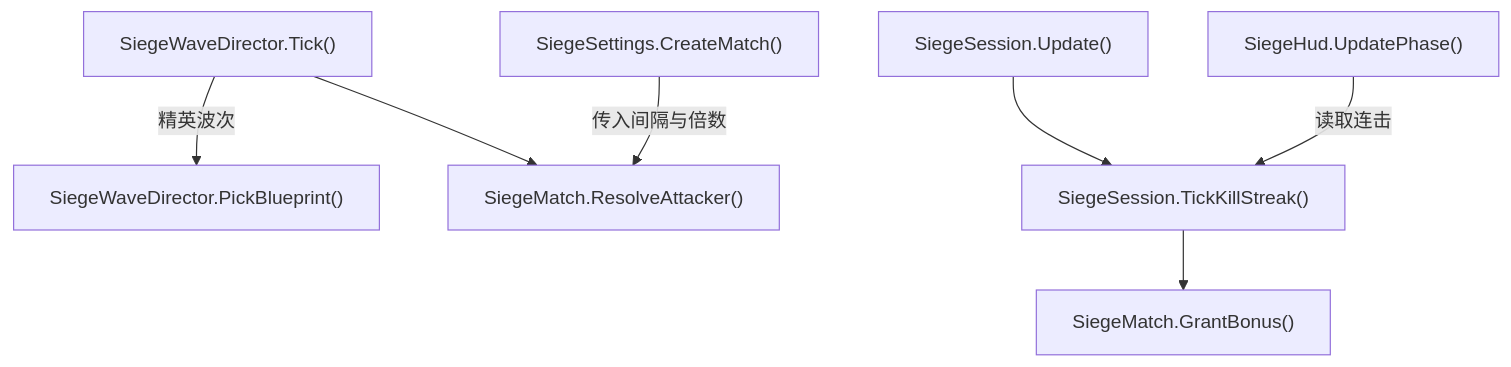
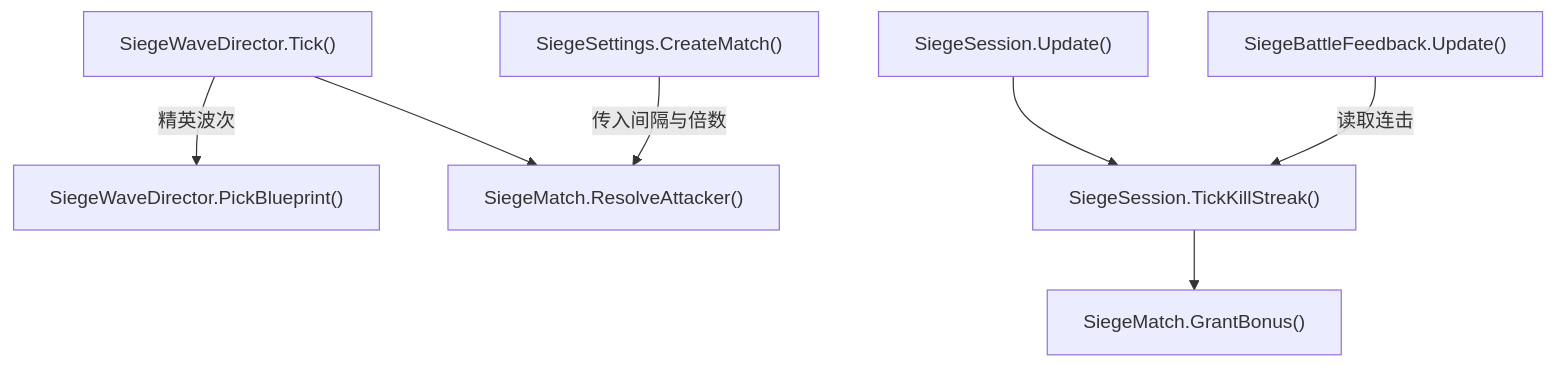
Diagram 34 of 43 in Docs/RuntimeFlow.md (kukudia/HY-Sandbox), drawn with Mermaid before and after one commit. The commit also changed other lines of this file and 49 other files, not shown here.

````diff
--- a/Docs/RuntimeFlow.md
+++ b/Docs/RuntimeFlow.md
@@ -3231,25 +3256,25 @@
 ```mermaid
 flowchart TD
     A["SiegeWaveDirector.Tick()"]
     click A "../Assets/Scripts/Features/Siege/SiegeWaveDirector.cs#L19" "打开源码"
     B["SiegeWaveDirector.PickBlueprint()"]
     click B "../Assets/Scripts/Features/Siege/SiegeWaveDirector.cs#L79" "打开源码"
     C["SiegeMatch.ResolveAttacker()"]
     click C "../Assets/Scripts/Features/Siege/SiegeMatch.cs#L134" "打开源码"
     D["SiegeMatch.GrantBonus()"]
     click D "../Assets/Scripts/Features/Siege/SiegeMatch.cs#L157" "打开源码"
     E["SiegeSession.TickKillStreak()"]
-    click E "../Assets/Scripts/Features/Siege/SiegeSession.cs#L347" "打开源码"
+    click E "../Assets/Scripts/Features/Siege/SiegeSession.cs#L393" "打开源码"
     F["SiegeSession.Update()"]
-    click F "../Assets/Scripts/Features/Siege/SiegeSession.cs#L299" "打开源码"
-    G["SiegeHud.UpdatePhase()"]
-    click G "../Assets/Scripts/Features/Siege/SiegeHud.cs#L314" "打开源码"
+    click F "../Assets/Scripts/Features/Siege/SiegeSession.cs#L344" "打开源码"
+    G["SiegeBattleFeedback.Update()"]
+    click G "../Assets/Scripts/Features/Siege/SiegeBattleFeedback.cs#L22" "打开源码"
     H["SiegeSettings.CreateMatch()"]
     click H "../Assets/Scripts/Features/Siege/SiegeSettings.cs#L108" "打开源码"
     A -->|精英波次| B
     A --> C
     F --> E
     E --> D
     H -->|传入间隔与倍数| C
     G -->|读取连击| E
 ```
````
